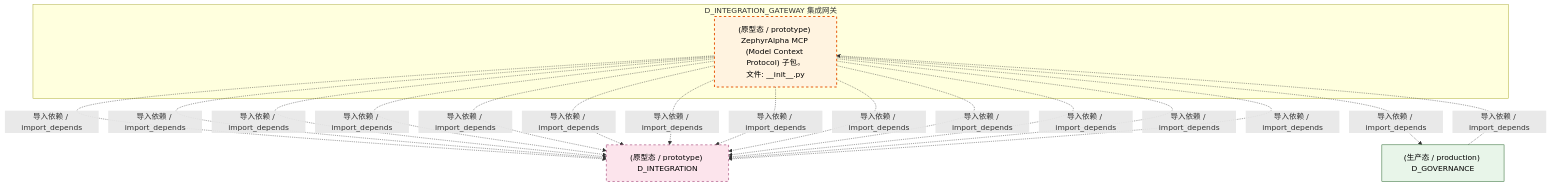
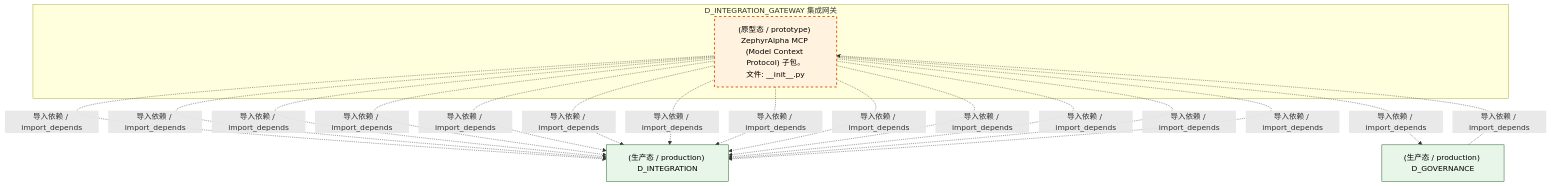
The third of 4 diagrams in docs/02_enterprise_architecture/02_domain_architecture_docs/19_d_integration_gateway.md (xuanFelixVan/ZephyrAlpha), drawn with Mermaid before and after one commit. The commit also changed other lines of this file and 126 other files, not shown here.

````diff
--- a/docs/02_enterprise_architecture/02_domain_architecture_docs/19_d_integration_gateway.md
+++ b/docs/02_enterprise_architecture/02_domain_architecture_docs/19_d_integration_gateway.md
@@ -125,30 +124,29 @@
 ```mermaid
 graph TD
     subgraph D_INTEGRATION_GATEWAY["D_INTEGRATION_GATEWAY 集成网关"]
         src_zephyr_integration_mcp_init_py["(原型态 / prototype) ZephyrAlpha MCP (Model Context Protocol) 子包。<br/>文件: __init__.py"]
     end
-    D_INTEGRATION["(原型态 / prototype) D_INTEGRATION"]
+    D_INTEGRATION["(生产态 / production) D_INTEGRATION"]
+    src_zephyr_integration_mcp_init_py -.->|导入依赖 / import_depends| D_INTEGRATION
     src_zephyr_integration_mcp_init_py -.->|导入依赖 / import_depends| D_INTEGRATION
     src_zephyr_integration_mcp_init_py -.->|导入依赖 / import_depends| D_INTEGRATION
     src_zephyr_integration_mcp_init_py -.->|导入依赖 / import_depends| D_INTEGRATION
     src_zephyr_integration_mcp_init_py -.->|导入依赖 / import_depends| D_INTEGRATION
     src_zephyr_integration_mcp_init_py -.->|导入依赖 / import_depends| D_INTEGRATION
     src_zephyr_integration_mcp_init_py -.->|导入依赖 / import_depends| D_INTEGRATION
     src_zephyr_integration_mcp_init_py -.->|导入依赖 / import_depends| D_INTEGRATION
     src_zephyr_integration_mcp_init_py -.->|导入依赖 / import_depends| D_INTEGRATION
     src_zephyr_integration_mcp_init_py -.->|导入依赖 / import_depends| D_INTEGRATION
     src_zephyr_integration_mcp_init_py -.->|导入依赖 / import_depends| D_INTEGRATION
     src_zephyr_integration_mcp_init_py -.->|导入依赖 / import_depends| D_INTEGRATION
     src_zephyr_integration_mcp_init_py -.->|导入依赖 / import_depends| D_INTEGRATION
     D_GOVERNANCE["(生产态 / production) D_GOVERNANCE"]
     src_zephyr_integration_mcp_init_py -.->|导入依赖 / import_depends| D_GOVERNANCE
-    src_zephyr_integration_mcp_init_py -.->|导入依赖 / import_depends| D_INTEGRATION
     D_GOVERNANCE -.->|导入依赖 / import_depends| src_zephyr_integration_mcp_init_py
     classDef production fill:#e1f5fe,stroke:#01579b,stroke-width:2px,color:#000
     classDef design fill:#fff3e0,stroke:#e65100,stroke-width:2px,color:#000,stroke-dasharray: 5 5
     classDef external_prod fill:#e8f5e9,stroke:#1b5e20,stroke-width:1px,color:#000
     classDef external_design fill:#fce4ec,stroke:#880e4f,stroke-width:1px,color:#000,stroke-dasharray: 5 5
     class src_zephyr_integration_mcp_init_py design
-    class D_GOVERNANCE external_prod
-    class D_INTEGRATION external_design
+    class D_INTEGRATION,D_GOVERNANCE external_prod
 ```
````
